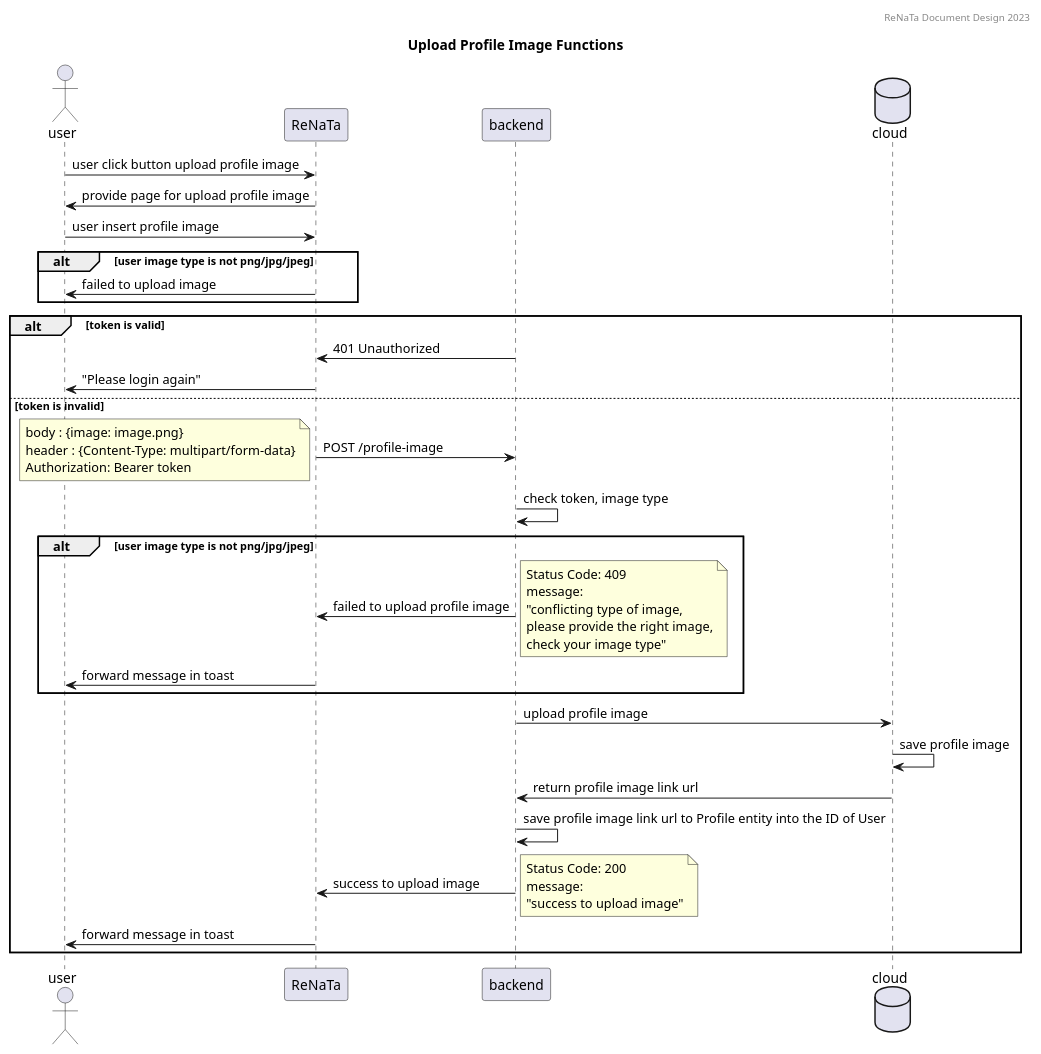
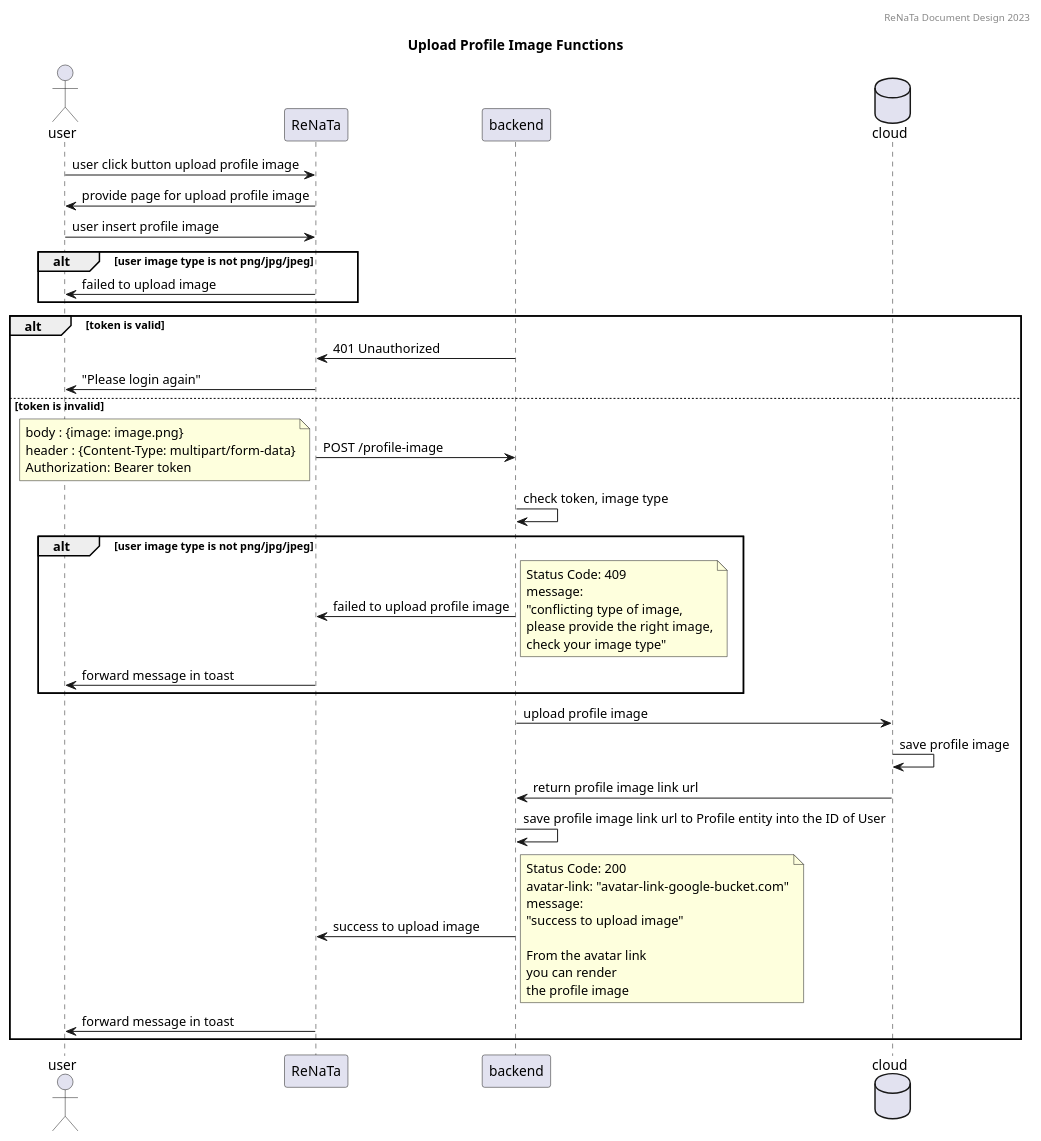
One commit to RENATA-C23-PS218/renata-project-design changed the diagram in uml-sequence/profile/upload-profile-image.puml. Above: the diagram before and after it, drawn with PlantUML.

Commit message:
update:  add url avatar-link

```diff
--- a/uml-sequence/profile/upload-profile-image.puml
+++ b/uml-sequence/profile/upload-profile-image.puml
@@ -1,39 +1,39 @@
 @startuml
 header ReNaTa Document Design 2023
 title Upload Profile Image Functions
 
 actor user
 participant ReNaTa
 participant backend
 database cloud
 
 user -> ReNaTa: user click button upload profile image 
 user <- ReNaTa: provide page for upload profile image
 user -> ReNaTa: user insert profile image 
 
 alt user image type is not png/jpg/jpeg
     ReNaTa -> user: failed to upload image
 end
 
 alt token is valid
     backend -> ReNaTa: 401 Unauthorized
     user <- ReNaTa: "Please login again"
 else token is invalid
     ReNaTa-> backend: POST /profile-image 
     note left: body : {image: image.png}\nheader : {Content-Type: multipart/form-data}\nAuthorization: Bearer token
     backend -> backend: check token, image type
     alt user image type is not png/jpg/jpeg
         backend->ReNaTa: failed to upload profile image 
         note right: Status Code: 409\nmessage:\n"conflicting type of image,\nplease provide the right image,\ncheck your image type"
         ReNaTa->user: forward message in toast
     end
 
     backend -> cloud: upload profile image
     cloud -> cloud: save profile image
     cloud -> backend: return profile image link url
     backend -> backend: save profile image link url to Profile entity into the ID of User
     backend -> ReNaTa: success to upload image
-    note right: Status Code: 200\nmessage:\n"success to upload image"
+    note right: Status Code: 200\navatar-link: "avatar-link-google-bucket.com"\nmessage:\n"success to upload image"\n\nFrom the avatar link\nyou can render\nthe profile image
     ReNaTa -> user: forward message in toast
 end
 @enduml
```
